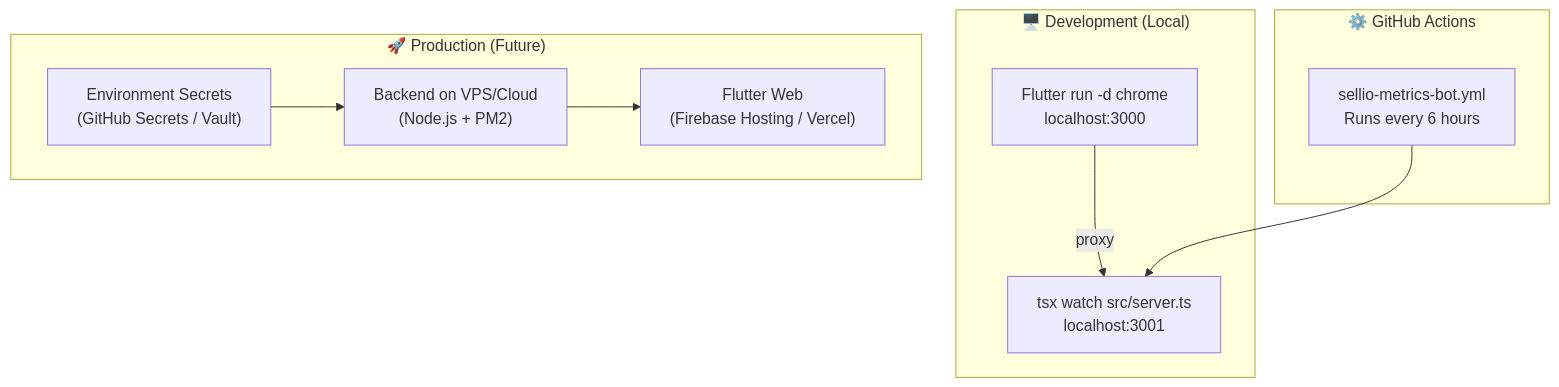
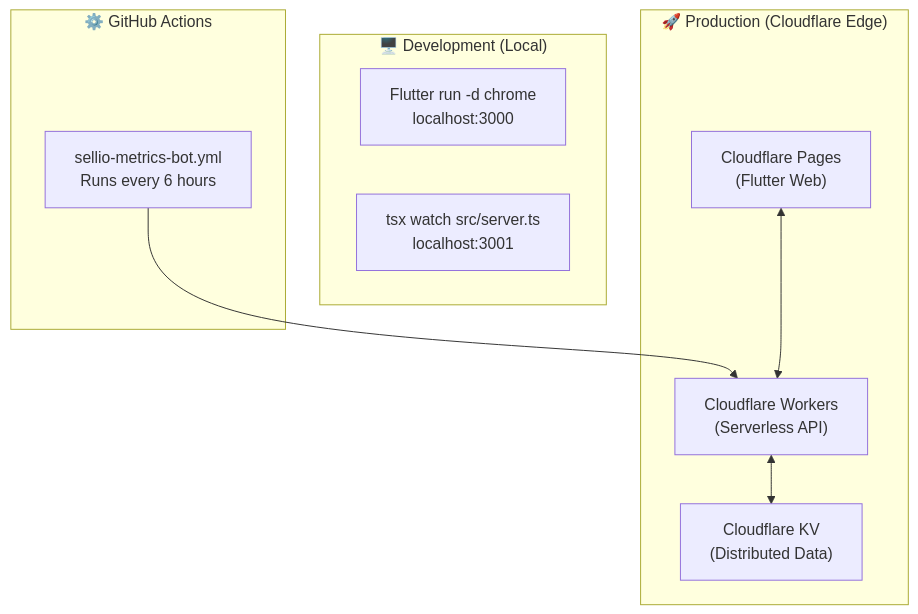
Before and after one commit to Sellio-Squad/sellio_metrics: the tenth of 10 diagrams in ARCHITECTURE.md, drawn with Mermaid. The commit also changed other lines of this file and 11 other files, not shown here.

````diff
--- a/ARCHITECTURE.md
+++ b/ARCHITECTURE.md
@@ -358,22 +352,21 @@
 ```mermaid
 graph TB
     subgraph Local["🖥️ Development (Local)"]
         FL["Flutter run -d chrome<br/>localhost:3000"]
         TS["tsx watch src/server.ts<br/>localhost:3001"]
     end
 
     subgraph CI["⚙️ GitHub Actions"]
         BOT["sellio-metrics-bot.yml<br/>Runs every 6 hours"]
     end
 
-    subgraph Prod["🚀 Production (Future)"]
-        VPS["Backend on VPS/Cloud<br/>(Node.js + PM2)"]
-        WEB["Flutter Web<br/>(Firebase Hosting / Vercel)"]
-        ENV["Environment Secrets<br/>(GitHub Secrets / Vault)"]
+    subgraph Deployment["🚀 Production (Cloudflare Edge)"]
+        WEB["Cloudflare Pages<br/>(Flutter Web)"]
+        API["Cloudflare Workers<br/>(Serverless API)"]
+        KV["Cloudflare KV<br/>(Distributed Data)"]
     end
 
-    FL -->|"proxy"| TS
-    BOT --> TS
-    ENV --> VPS
-    VPS --> WEB
+    BOT --> API
+    API <--> KV
+    WEB <--> API
 ```
````
